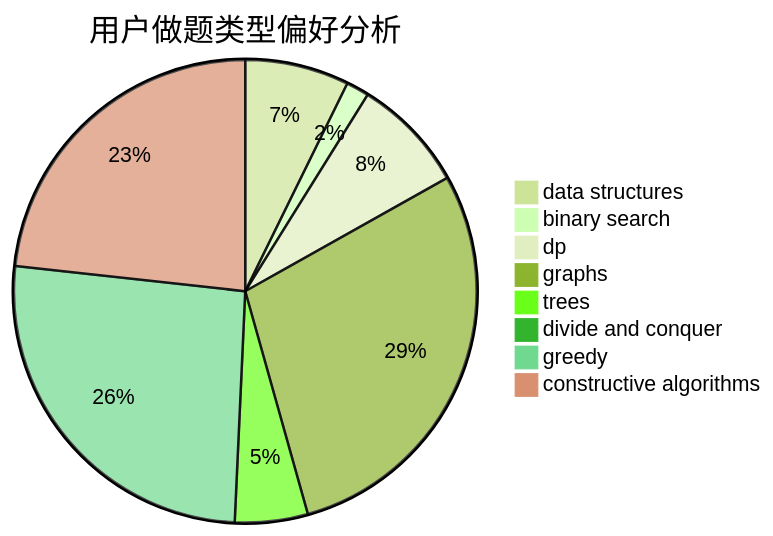
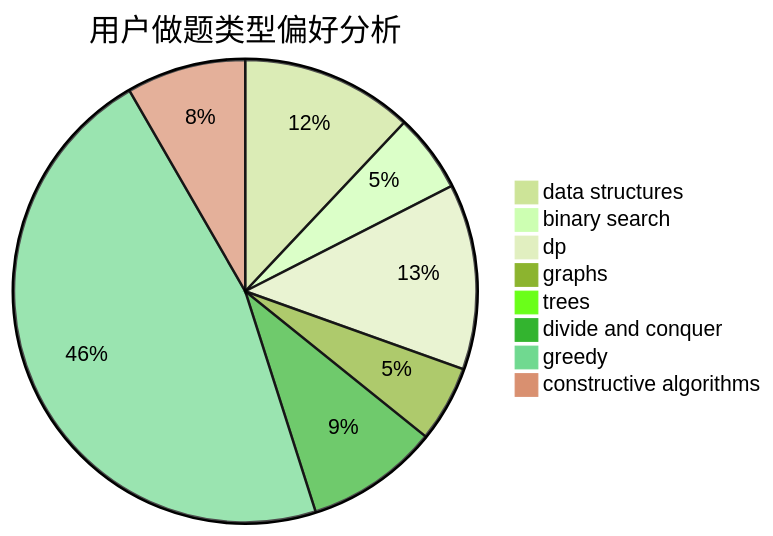
One commit to sherpahu/cfrs.github.io changed the second of 3 diagrams in docs/user/u501.md. Above: the diagram before and after it, drawn with Mermaid (forest theme). The commit also changed other lines of this file and 2770 other files, not shown here.

````diff
--- a/docs/user/u501.md
+++ b/docs/user/u501.md
@@ -23,11 +23,11 @@
 ```mermaid
 pie title 用户做题类型偏好分析
-    "data structures" :  50
-    "binary search" :  11
-    "dp" :  55
-    "graphs" :  198
-    "trees" :  35
-    "divide and conquer" :  0
-    "greedy" :  179
-    "constructive algorithms" :  160
+    "data structures" :  88
+    "binary search" :  40
+    "dp" :  95
+    "graphs" :  39
+    "trees" :  2
+    "divide and conquer" :  68
+    "greedy" :  341
+    "constructive algorithms" :  61
 ```
````
